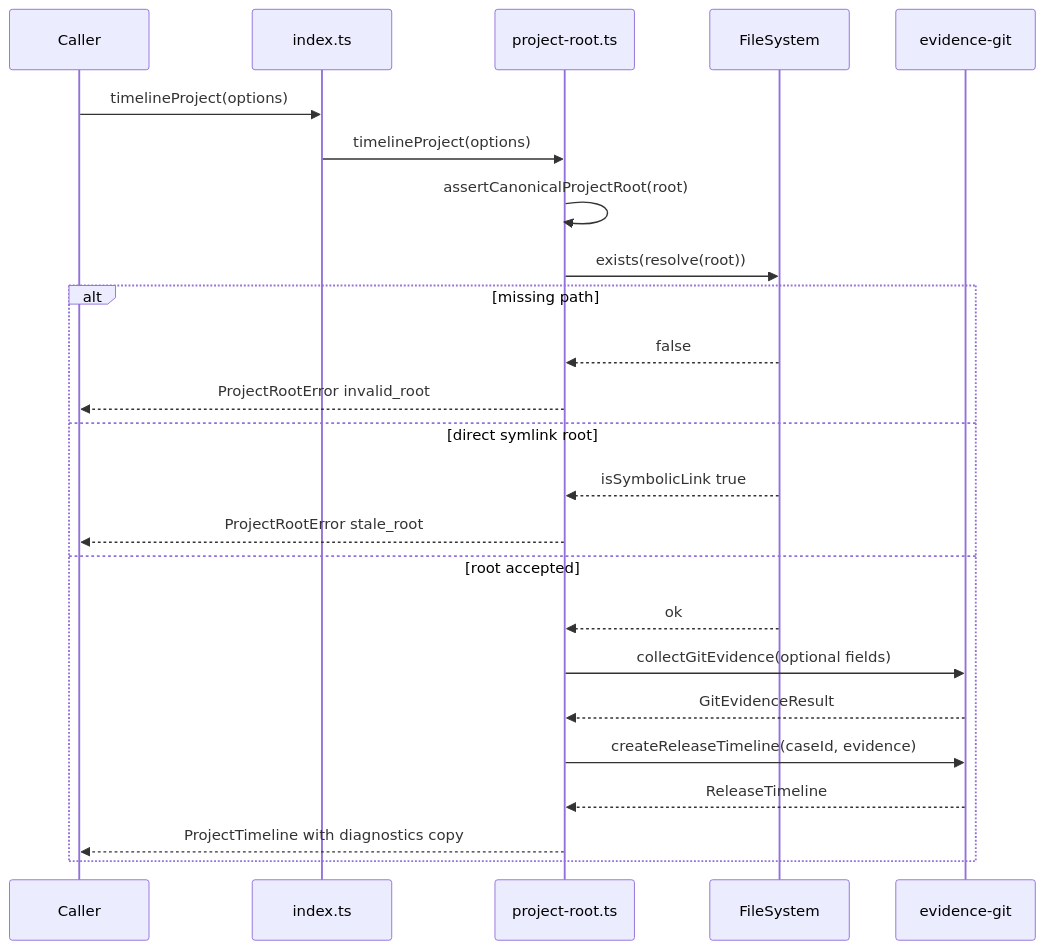
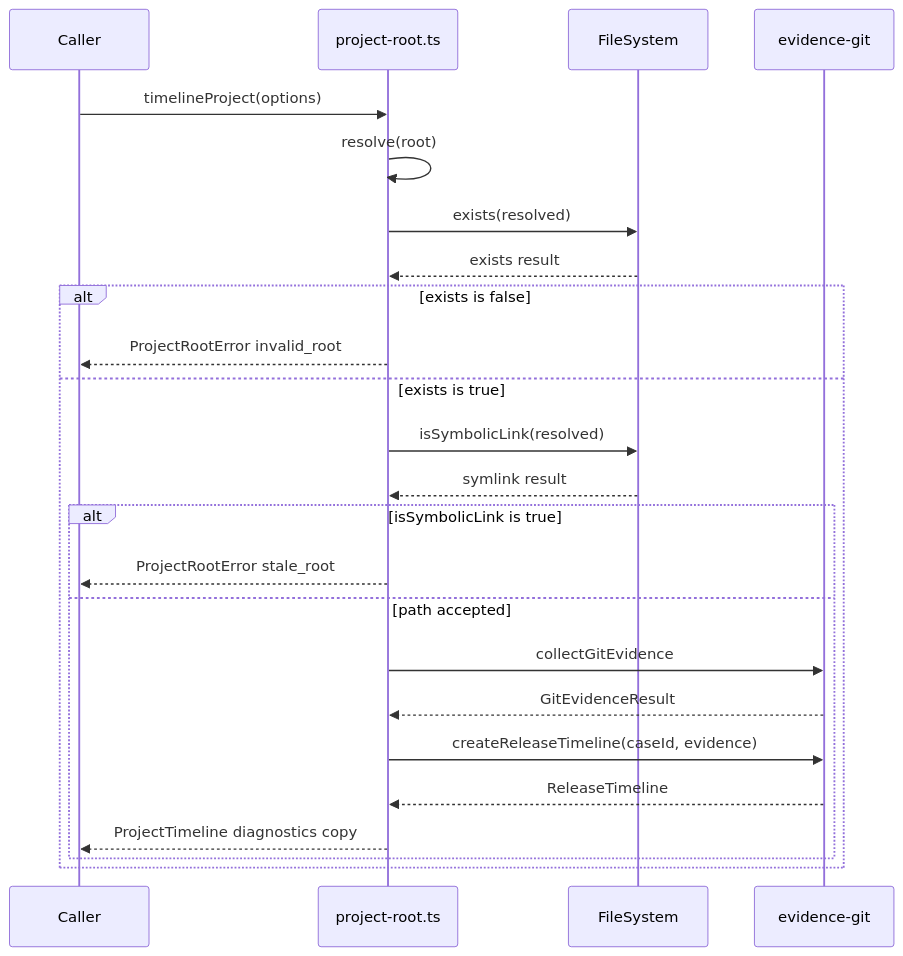
The diagram in docs/designs/p1k-remaining-application-barrel/project-root-timeline-sequence.mmd (vitala89/Intentloom), drawn with Mermaid before and after one commit. The commit also changed 4 other files, not shown here.

First line of the commit message:
docs(architecture): correct P1K.10 design review findings

```diff
--- a/docs/designs/p1k-remaining-application-barrel/project-root-timeline-sequence.mmd
+++ b/docs/designs/p1k-remaining-application-barrel/project-root-timeline-sequence.mmd
@@ -1,25 +1,25 @@
 sequenceDiagram
   participant Caller
-  participant Barrel as index.ts
   participant Leaf as project-root.ts
   participant FS as FileSystem
   participant Git as evidence-git
 
-  Caller->>Barrel: timelineProject(options)
-  Barrel->>Leaf: timelineProject(options)
-  Leaf->>Leaf: assertCanonicalProjectRoot(root)
-  Leaf->>FS: exists(resolve(root))
-  alt missing path
-    FS-->>Leaf: false
+  Caller->>Leaf: timelineProject(options)
+  Leaf->>Leaf: resolve(root)
+  Leaf->>FS: exists(resolved)
+  FS-->>Leaf: exists result
+  alt exists is false
     Leaf-->>Caller: ProjectRootError invalid_root
-  else direct symlink root
-    FS-->>Leaf: isSymbolicLink true
-    Leaf-->>Caller: ProjectRootError stale_root
-  else root accepted
-    FS-->>Leaf: ok
-    Leaf->>Git: collectGitEvidence(optional fields)
-    Git-->>Leaf: GitEvidenceResult
-    Leaf->>Git: createReleaseTimeline(caseId, evidence)
-    Git-->>Leaf: ReleaseTimeline
-    Leaf-->>Caller: ProjectTimeline with diagnostics copy
+  else exists is true
+    Leaf->>FS: isSymbolicLink(resolved)
+    FS-->>Leaf: symlink result
+    alt isSymbolicLink is true
+      Leaf-->>Caller: ProjectRootError stale_root
+    else path accepted
+      Leaf->>Git: collectGitEvidence
+      Git-->>Leaf: GitEvidenceResult
+      Leaf->>Git: createReleaseTimeline(caseId, evidence)
+      Git-->>Leaf: ReleaseTimeline
+      Leaf-->>Caller: ProjectTimeline diagnostics copy
+    end
   end
```
